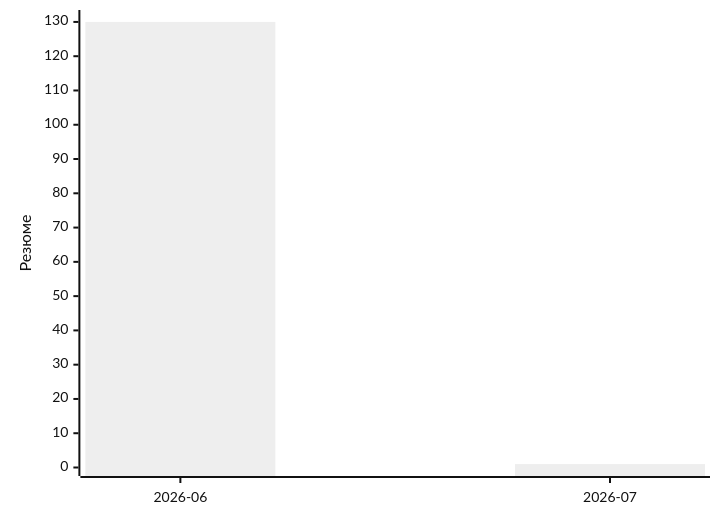
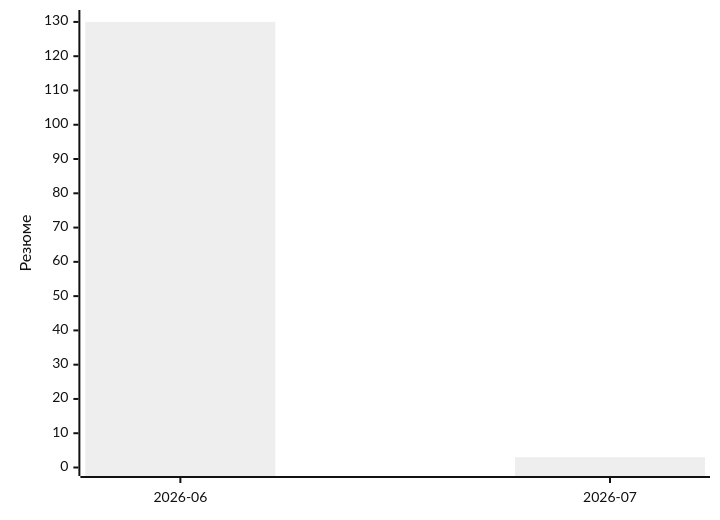
The second of 2 diagrams in STATS.md (konicaRu/day-runner), drawn with Mermaid (neutral theme) before and after one commit. The commit also changed other lines of this file, not shown here.

````diff
--- a/STATS.md
+++ b/STATS.md
@@ -15,6 +15,6 @@
 ```mermaid
 xychart-beta
   x-axis ["2026-06", "2026-07"]
   y-axis "Резюме" 0 --> 131
-  bar [130, 1]
+  bar [130, 3]
 ```
````
